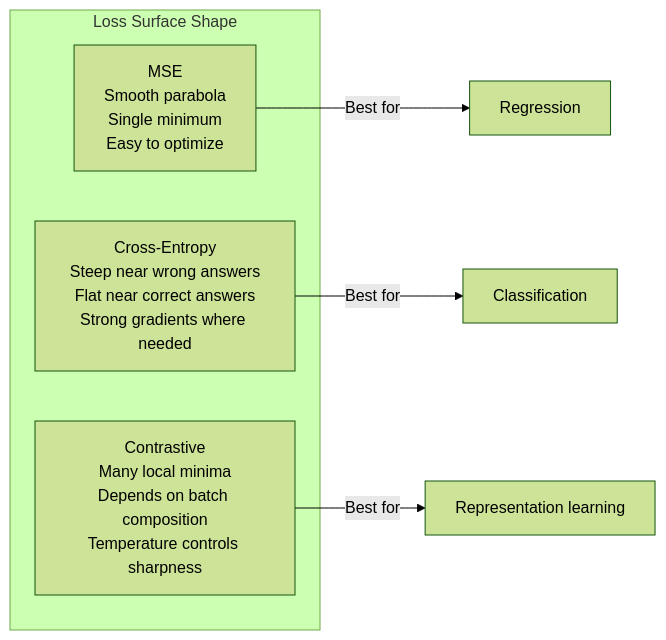
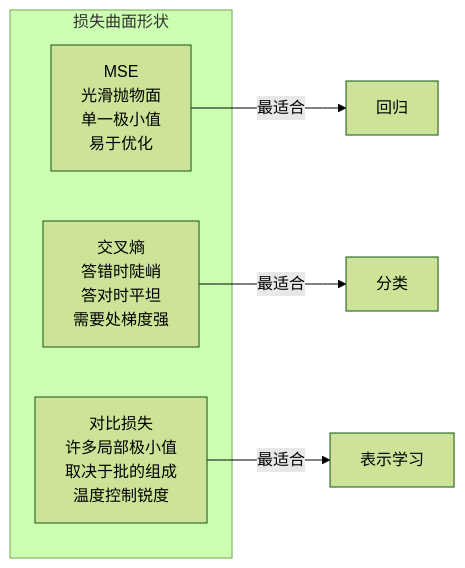
One commit to alessandrodinisio-ai/ai-engineering-learning-framework changed the third of 3 diagrams in phases/03-deep-learning-core/05-loss-functions/docs/zh.md. Above: the diagram before and after it, drawn with Mermaid (forest theme). The commit also changed other lines of this file and 120 other files, not shown here.

First line of the commit message:
i18n(mermaid): 337 个 mermaid 图表标签中文化

````diff
--- a/phases/03-deep-learning-core/05-loss-functions/docs/zh.md
+++ b/phases/03-deep-learning-core/05-loss-functions/docs/zh.md
@@ -178,11 +178,11 @@
 ```mermaid
 graph LR
-    subgraph "Loss Surface Shape"
-        MSE_S["MSE<br/>Smooth parabola<br/>Single minimum<br/>Easy to optimize"]
-        CE_S["Cross-Entropy<br/>Steep near wrong answers<br/>Flat near correct answers<br/>Strong gradients where needed"]
-        CL_S["Contrastive<br/>Many local minima<br/>Depends on batch composition<br/>Temperature controls sharpness"]
+    subgraph "损失曲面形状"
+        MSE_S["MSE<br/>光滑抛物面<br/>单一极小值<br/>易于优化"]
+        CE_S["交叉熵<br/>答错时陡峭<br/>答对时平坦<br/>需要处梯度强"]
+        CL_S["对比损失<br/>许多局部极小值<br/>取决于批的组成<br/>温度控制锐度"]
     end
-    MSE_S -->|"Best for"| Reg2["Regression"]
-    CE_S -->|"Best for"| Cls2["Classification"]
-    CL_S -->|"Best for"| Emb2["Representation learning"]
+    MSE_S -->|"最适合"| Reg2["回归"]
+    CE_S -->|"最适合"| Cls2["分类"]
+    CL_S -->|"最适合"| Emb2["表示学习"]
 ```
````
